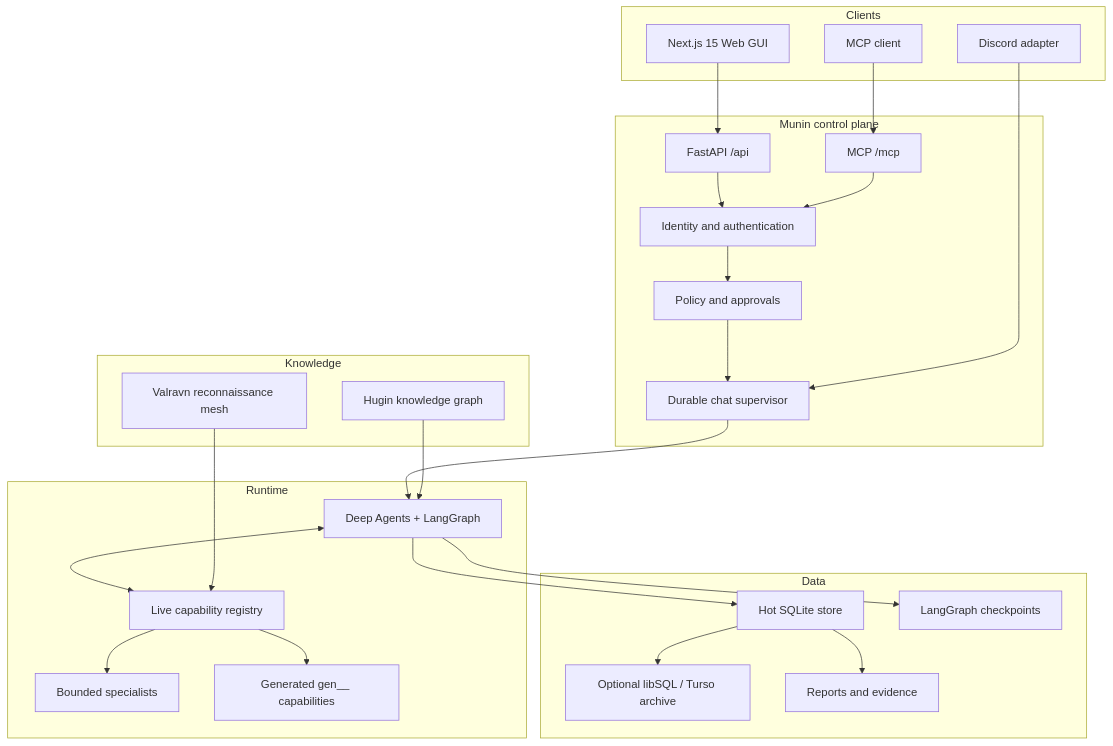
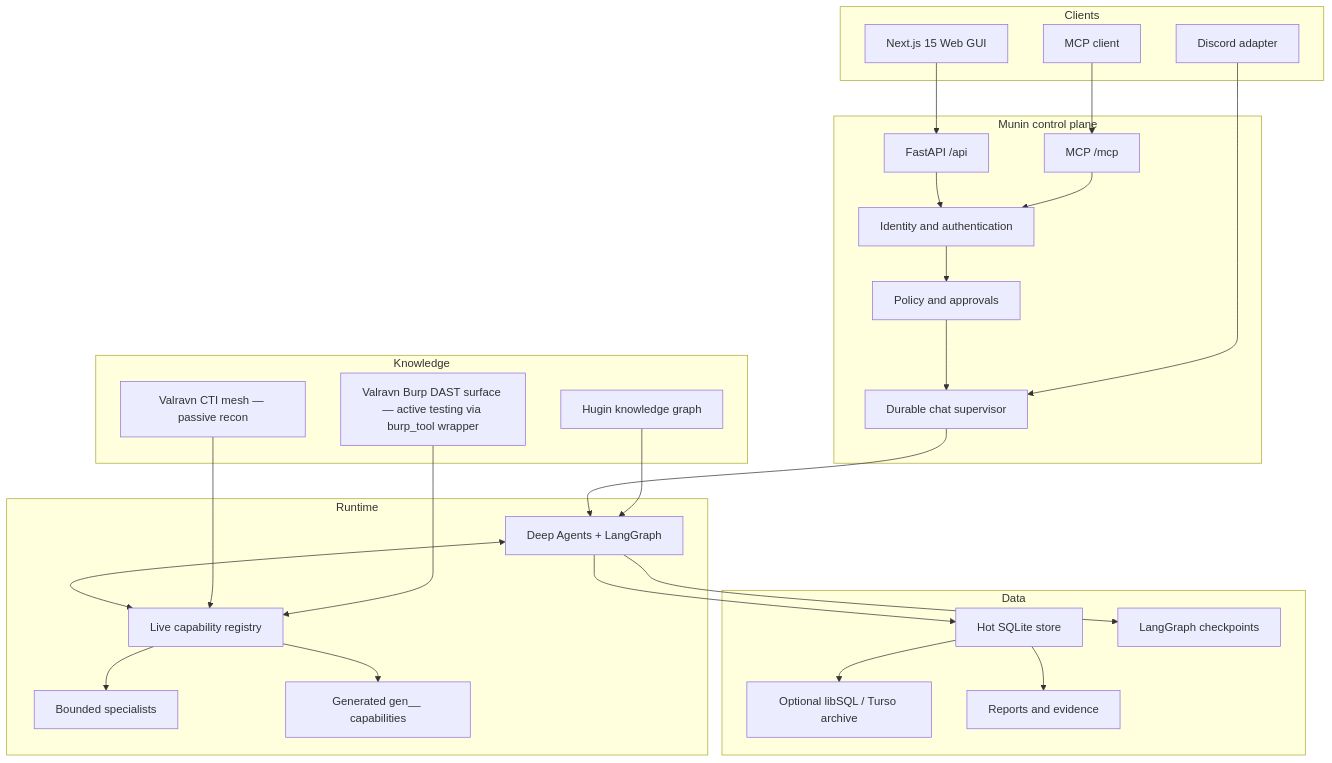
One commit to PrinceOfPwn/Munin changed the first of 2 diagrams in MAP.md. Above: the diagram before and after it, drawn with Mermaid. The commit also changed other lines of this file and 842 other files, not shown here.

````diff
--- a/MAP.md
+++ b/MAP.md
@@ -6,44 +6,46 @@
 ```mermaid
 flowchart TB
   subgraph Clients
     GUI[Next.js 15 Web GUI]
     MCPClient[MCP client]
     Discord[Discord adapter]
   end
   subgraph Control[Munin control plane]
     API[FastAPI /api]
     MCP[MCP /mcp]
     Auth[Identity and authentication]
     Policy[Policy and approvals]
     Chat[Durable chat supervisor]
   end
   subgraph Runtime
     Graph[Deep Agents + LangGraph]
     Registry[Live capability registry]
     Specialists[Bounded specialists]
     Generated[Generated gen__ capabilities]
   end
   subgraph Data
     Hot[Hot SQLite store]
     Checkpoints[LangGraph checkpoints]
     Archive[Optional libSQL / Turso archive]
     Artifacts[Reports and evidence]
   end
   subgraph Knowledge
     Hugin[Hugin knowledge graph]
-    Valravn[Valravn reconnaissance mesh]
+    ValravnCTI[Valravn CTI mesh — passive recon]
+    ValravnDAST[Valravn Burp DAST surface — active testing via burp_tool wrapper]
   end
 
   GUI --> API --> Auth --> Policy --> Chat --> Graph
   MCPClient --> MCP --> Auth
   Discord --> Chat
   Graph <--> Registry
   Registry --> Specialists
   Registry --> Generated
   Graph --> Hot
   Graph --> Checkpoints
   Hot --> Archive
   Hot --> Artifacts
   Hugin --> Graph
-  Valravn --> Registry
+  ValravnCTI --> Registry
+  ValravnDAST --> Registry
 ```
````
